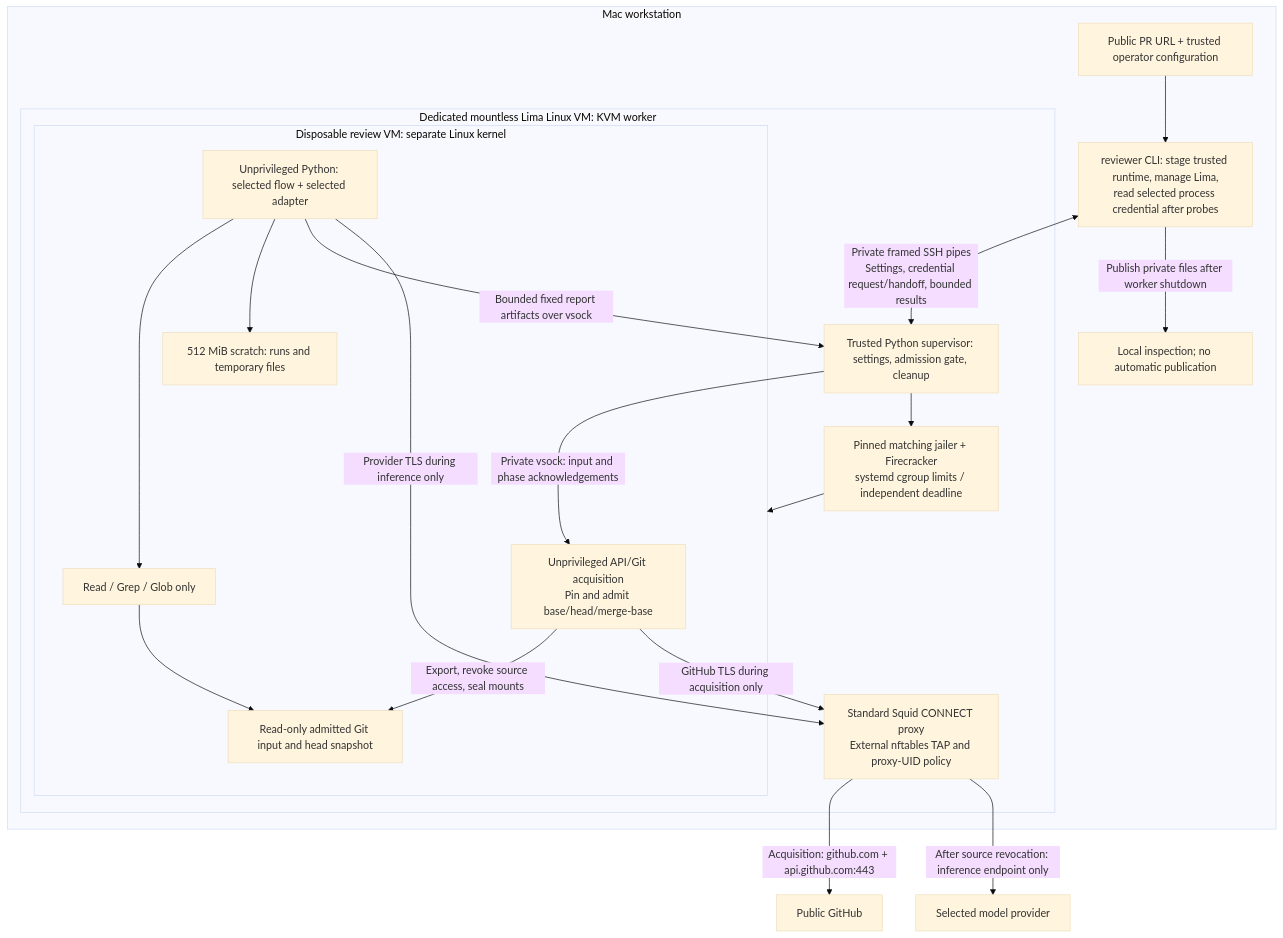
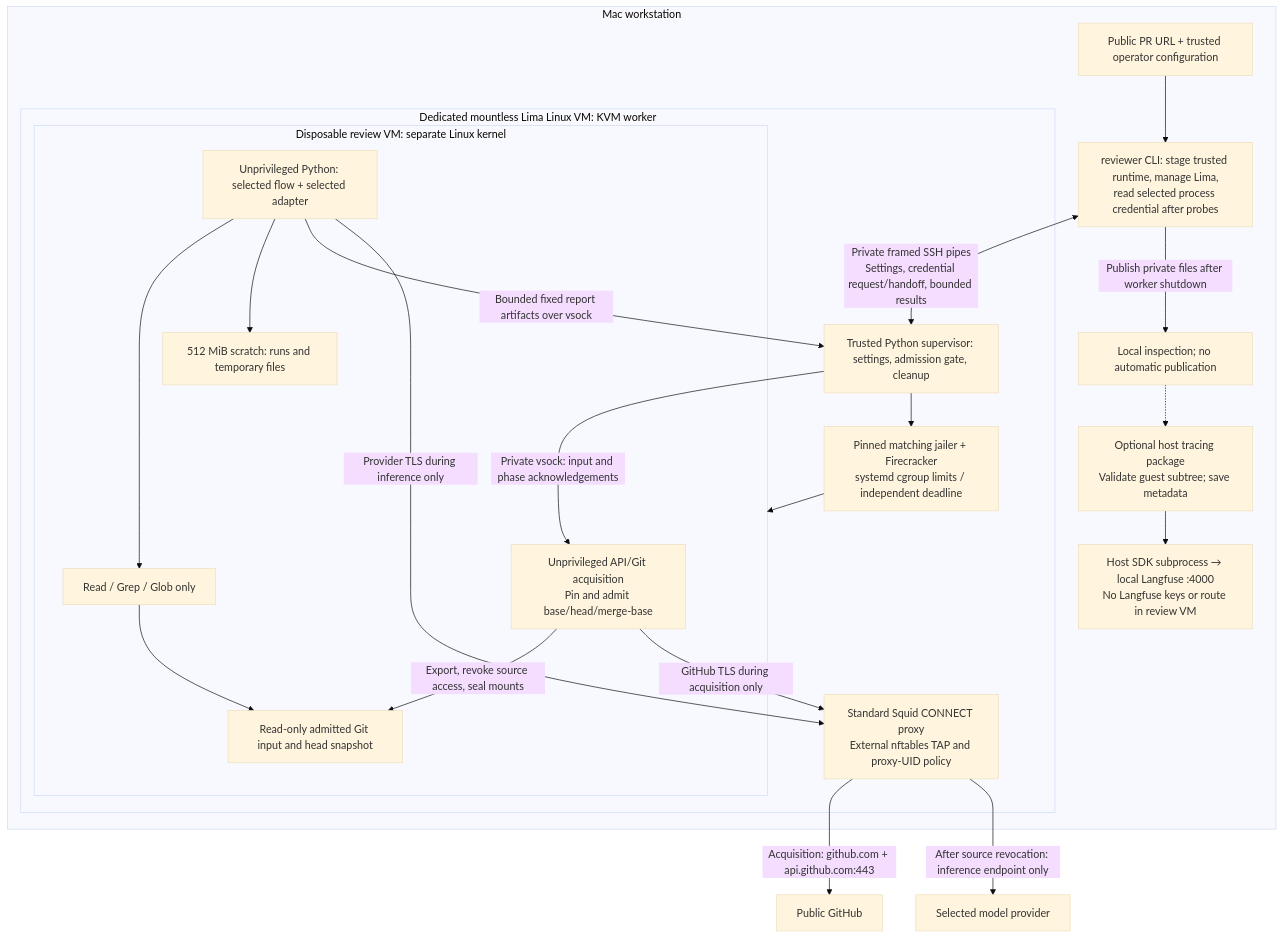
One commit to sskelkar/code-reviewer changed the first of 3 diagrams in docs/sandbox-architecture.md. Above: the diagram before and after it, drawn with Mermaid (base theme). The commit also changed other lines of this file and 40 other files, not shown here.

Commit message:
Add local Langfuse tracing and organize observability modules

````diff
--- a/docs/sandbox-architecture.md
+++ b/docs/sandbox-architecture.md
@@ -9,32 +9,34 @@
 ```mermaid
 flowchart TB
     subgraph MAC["Mac workstation"]
         INPUT["Public PR URL + trusted operator configuration"]
         LAUNCH["reviewer CLI: stage trusted runtime, manage Lima,<br/>read selected process credential after probes"]
         subgraph LINUX["Dedicated mountless Lima Linux VM: KVM worker"]
             HOST["Trusted Python supervisor: settings, admission gate, cleanup"]
             VMM["Pinned matching jailer + Firecracker<br/>systemd cgroup limits / independent deadline"]
             PROXY["Standard Squid CONNECT proxy<br/>External nftables TAP and proxy-UID policy"]
             subgraph JOB["Disposable review VM: separate Linux kernel"]
                 ACQUIRE["Unprivileged API/Git acquisition<br/>Pin and admit base/head/merge-base"]
                 PY["Unprivileged Python: selected flow + selected adapter"]
                 TREE["Read-only admitted Git input and head snapshot"]
                 TOOLS["Read / Grep / Glob only"]
                 SCRATCH["512 MiB scratch: runs and temporary files"]
                 ACQUIRE -->|"Export, revoke source access, seal mounts"| TREE
                 PY --> TOOLS --> TREE
                 PY --> SCRATCH
             end
             HOST --> VMM --> JOB
             HOST -->|"Private vsock: input and phase acknowledgements"| ACQUIRE
             PY -->|"Bounded fixed report artifacts over vsock"| HOST
             ACQUIRE -->|"GitHub TLS during acquisition only"| PROXY
             PY -->|"Provider TLS during inference only"| PROXY
         end
         INPUT --> LAUNCH
         LAUNCH <-->|"Private framed SSH pipes<br/>Settings, credential request/handoff, bounded results"| HOST
         LAUNCH -->|"Publish private files after worker shutdown"| OUTPUT["Local inspection; no automatic publication"]
+        OUTPUT -.-> TRACE["Optional host tracing package<br/>Validate guest subtree; save metadata"]
+        TRACE --> LF["Host SDK subprocess → local Langfuse :4000<br/>No Langfuse keys or route in review VM"]
     end
     PROXY -->|"Acquisition: github.com + api.github.com:443"| SOURCE["Public GitHub"]
     PROXY -->|"After source revocation: inference endpoint only"| PROVIDER["Selected model provider"]
 ```
````
